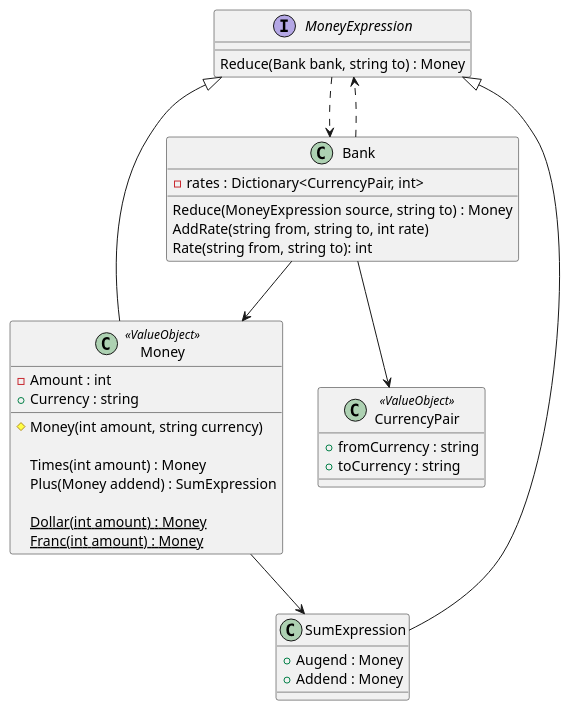
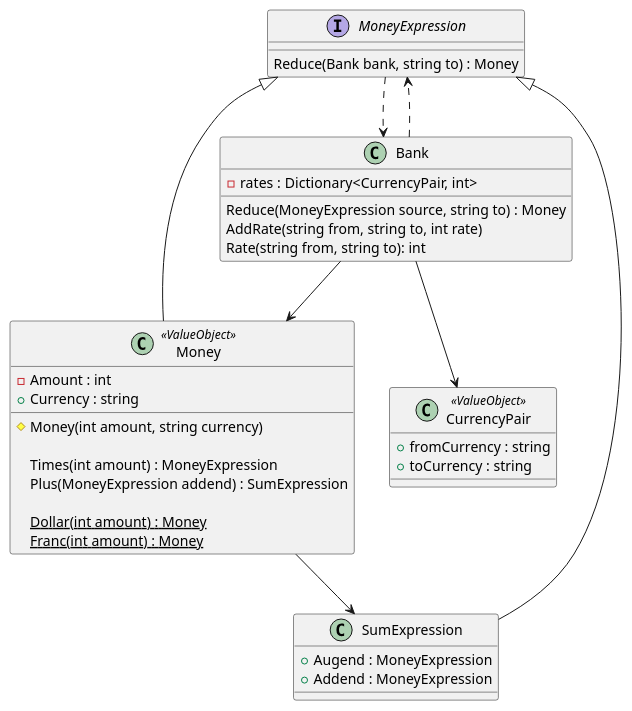
The diagram in Documentation/Classes.puml (RicardoGuzmanVelasco/KentBeck.TDDByExample), drawn with PlantUML before and after one commit. The commit also changed 1 other file, not shown here.

```diff
--- a/Documentation/Classes.puml
+++ b/Documentation/Classes.puml
@@ -1,49 +1,49 @@
 @startuml
 
 interface MoneyExpression
 {
     Reduce(Bank bank, string to) : Money
 } 
 MoneyExpression ..> Bank
 
 class Money <<ValueObject>>
 {
     -Amount : int
     +Currency : string
     
     #Money(int amount, string currency)
     
-    Times(int amount) : Money
-    Plus(Money addend) : SumExpression
+    Times(int amount) : MoneyExpression
+    Plus(MoneyExpression addend) : SumExpression
     
     {static} Dollar(int amount) : Money
     {static} Franc(int amount) : Money
 }
 Money --|> MoneyExpression
 Money --> SumExpression
 
 class SumExpression
 {
-    +Augend : Money
-    +Addend : Money
+    +Augend : MoneyExpression
+    +Addend : MoneyExpression
 }
 SumExpression --|> MoneyExpression
 
 class CurrencyPair <<ValueObject>>
 {
     +fromCurrency : string
     +toCurrency : string
 }
 
 class Bank
 {
     -rates : Dictionary<CurrencyPair, int>
 
     Reduce(MoneyExpression source, string to) : Money
     AddRate(string from, string to, int rate)
     Rate(string from, string to): int
 }
 Bank --> CurrencyPair
 Bank ..> MoneyExpression
 Bank --> Money
 @enduml
```
